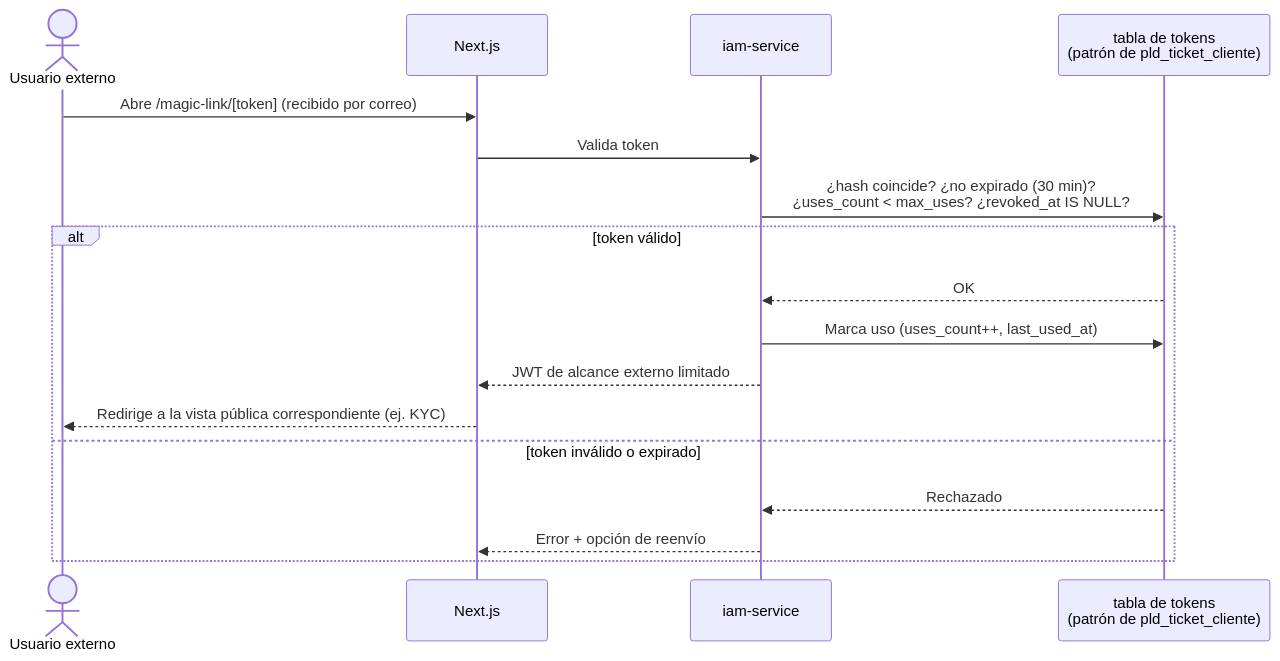
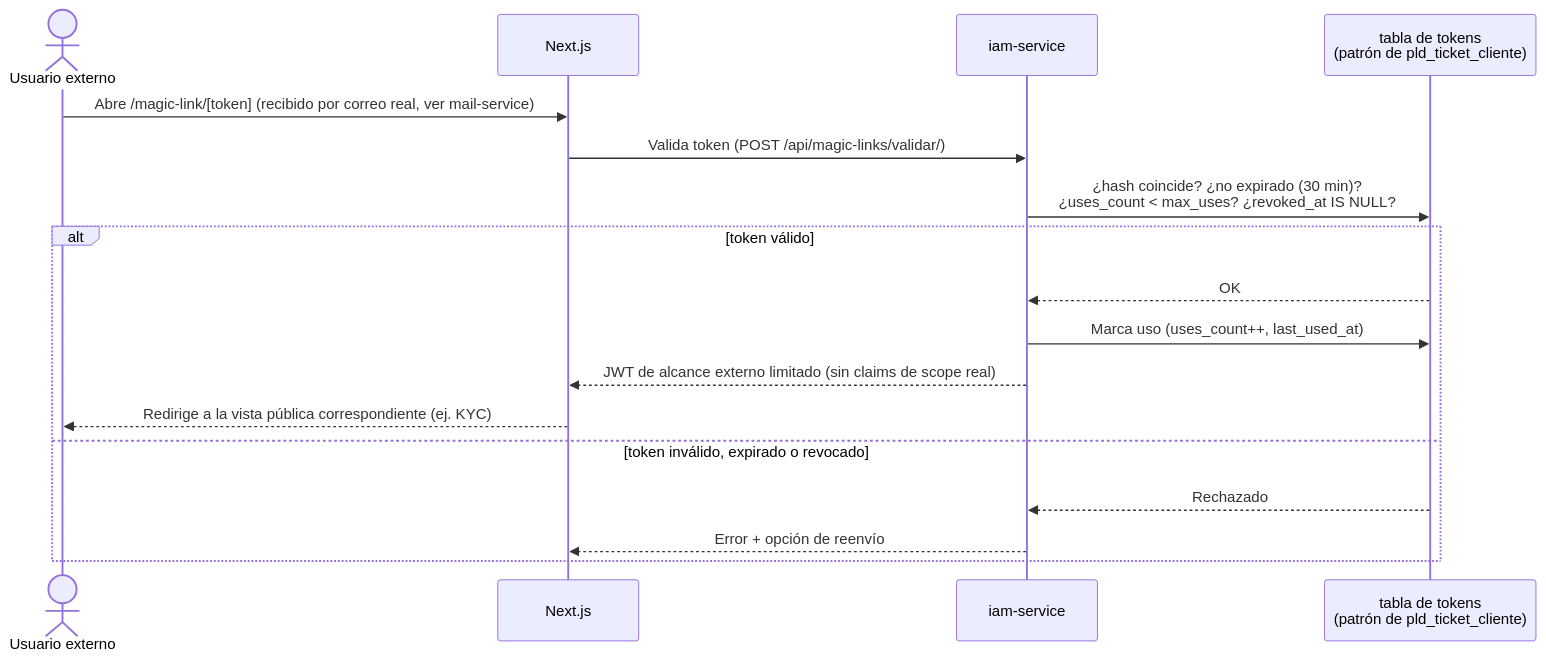
The sixth of 11 diagrams in docs/architecture/README.md (mariana747/CumbresBI), drawn with Mermaid before and after one commit. The commit also changed other lines of this file and 6 other files, not shown here.

First line of the commit message:
docs(architecture): documenta colaborador externo, mail-service y ciclo de vida

````diff
--- a/docs/architecture/README.md
+++ b/docs/architecture/README.md
@@ -325,20 +335,20 @@
 ```mermaid
 sequenceDiagram
     actor U as Usuario externo
     participant W as Next.js
     participant IAMS as iam-service
     participant DB as tabla de tokens<br/>(patrón de pld_ticket_cliente)
 
-    U->>W: Abre /magic-link/[token] (recibido por correo)
-    W->>IAMS: Valida token
+    U->>W: Abre /magic-link/[token] (recibido por correo real, ver mail-service)
+    W->>IAMS: Valida token (POST /api/magic-links/validar/)
     IAMS->>DB: ¿hash coincide? ¿no expirado (30 min)?<br/>¿uses_count < max_uses? ¿revoked_at IS NULL?
     alt token válido
         DB-->>IAMS: OK
         IAMS->>DB: Marca uso (uses_count++, last_used_at)
-        IAMS-->>W: JWT de alcance externo limitado
+        IAMS-->>W: JWT de alcance externo limitado (sin claims de scope real)
         W-->>U: Redirige a la vista pública correspondiente (ej. KYC)
-    else token inválido o expirado
+    else token inválido, expirado o revocado
         DB-->>IAMS: Rechazado
         IAMS-->>W: Error + opción de reenvío
     end
 ```
````
